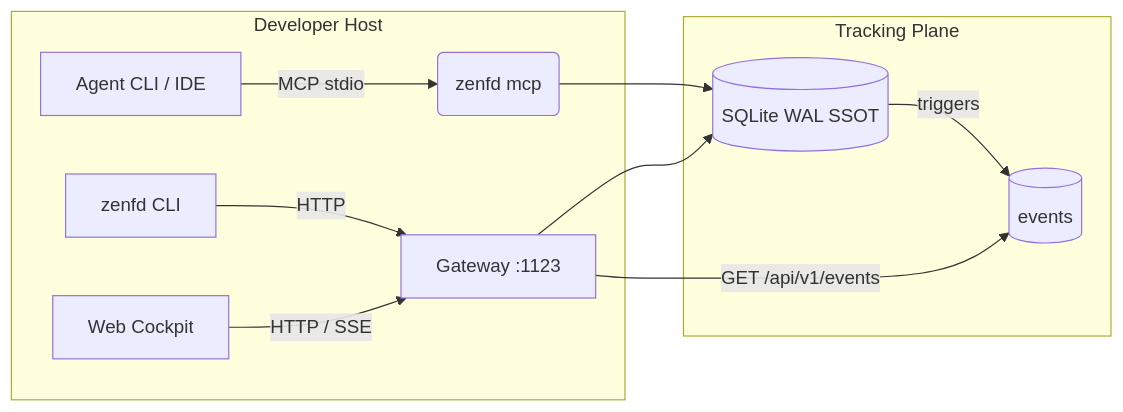
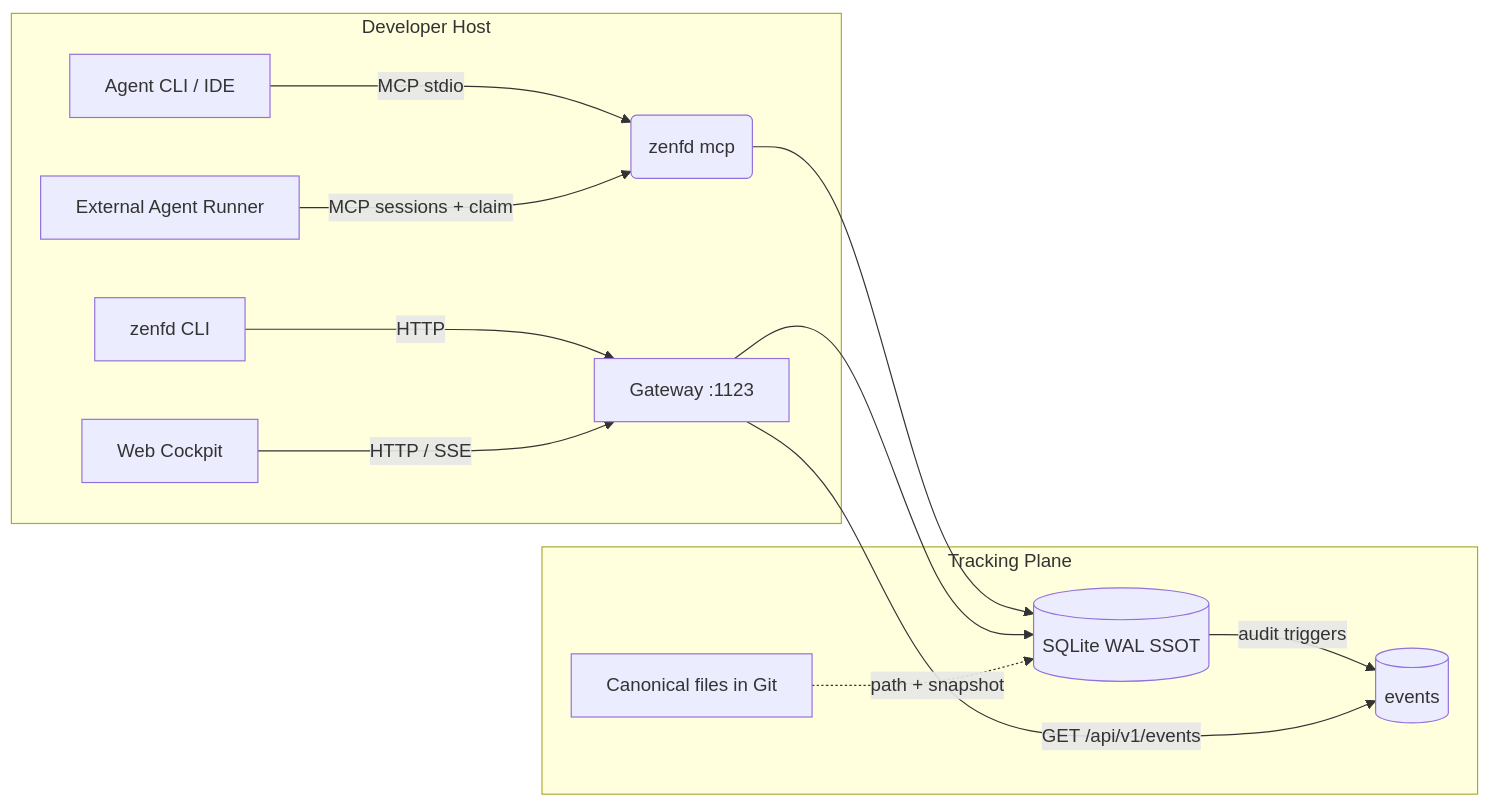
The diagram in docs/architecture-topology.md (venhdev/skills), drawn with Mermaid before and after one commit. The commit also changed other lines of this file and 77 other files, not shown here.

````diff
--- a/docs/architecture-topology.md
+++ b/docs/architecture-topology.md
@@ -15,15 +16,17 @@
 ```mermaid
 graph LR
   subgraph Host [Developer Host]
     A[Agent CLI / IDE] -->|MCP stdio| B(zenfd mcp)
     C[zenfd CLI] -->|HTTP| D
     W[Web Cockpit] -->|HTTP / SSE| D
+    R[External Agent Runner] -->|MCP sessions + claim| B
   end
   subgraph TrackingPlane [Tracking Plane]
     D[Gateway :1123]
     B --> E[(SQLite WAL SSOT)]
     D --> E
-    E -->|triggers| L[(events)]
+    E -->|audit triggers| L[(events)]
     D -->|GET /api/v1/events| L
+    F[Canonical files in Git] -.->|path + snapshot| E
   end
 ```
````
